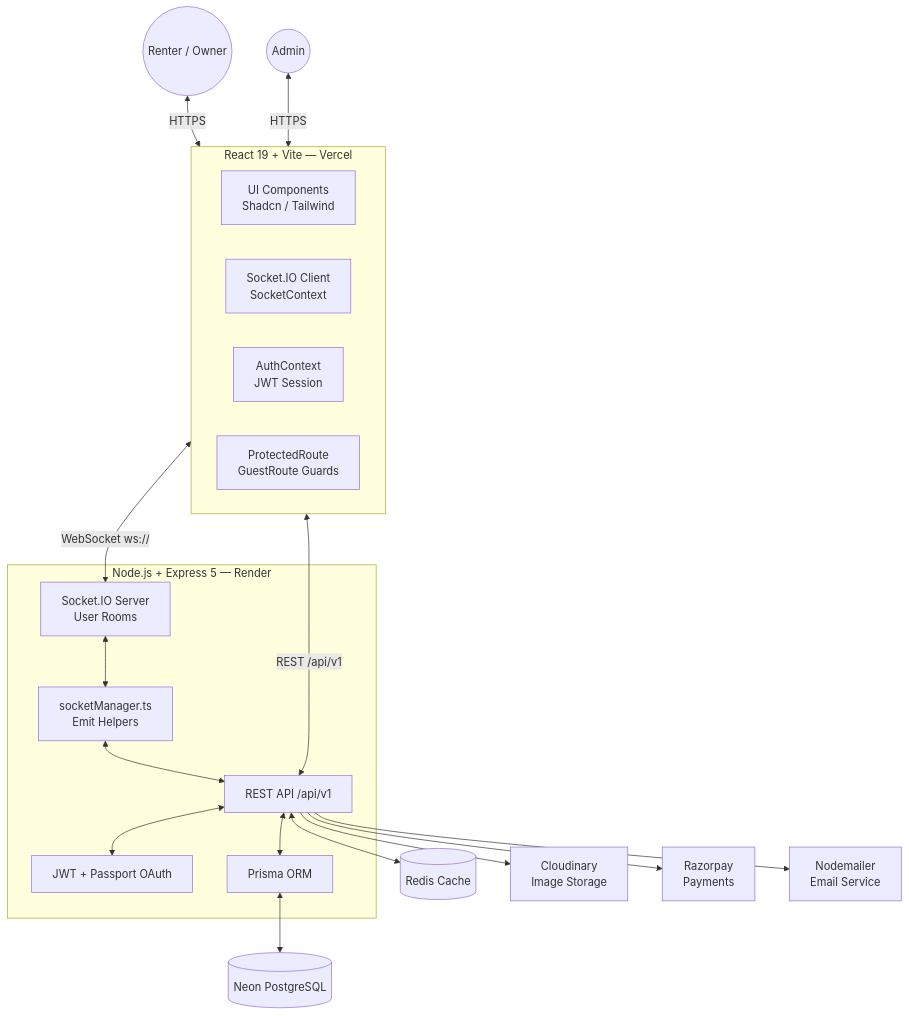
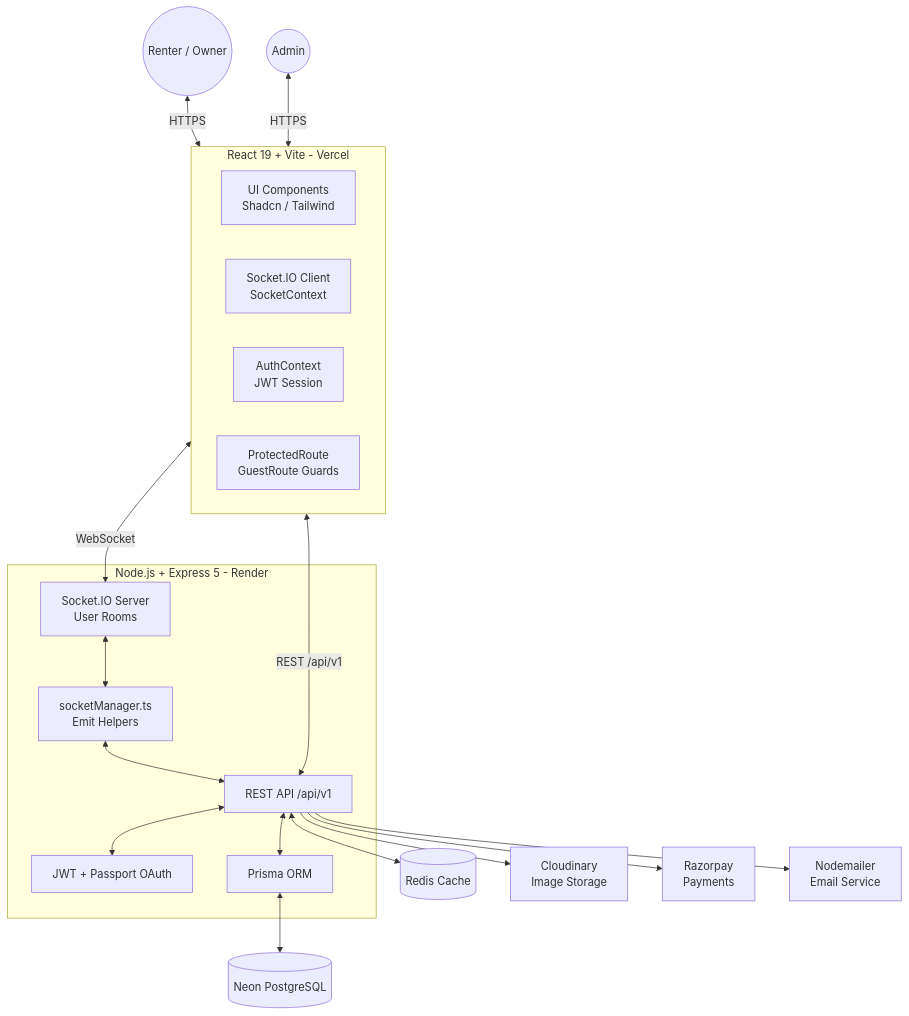
One commit to Piyush200516/CarBoom changed the first of 5 diagrams in README.md. Above: the diagram before and after it, drawn with Mermaid. The commit also changed other lines of this file, not shown here.

````diff
--- a/README.md
+++ b/README.md
@@ -98,45 +98,40 @@
 ```mermaid
 graph TD
-    %% Actors
-    User((Renter / Owner))
-    Admin((Admin))
+    User(("Renter / Owner"))
+    Admin(("Admin"))
 
-    %% Frontend
-    subgraph Frontend [React 19 + Vite — Vercel]
-        UI[UI Components\nShadcn / Tailwind]
-        SocketC[Socket.IO Client\nSocketContext]
-        AuthCtx[AuthContext\nJWT Session]
-        Routes[ProtectedRoute\nGuestRoute Guards]
+    subgraph Frontend["React 19 + Vite - Vercel"]
+        UI["UI Components<br/>Shadcn / Tailwind"]
+        SocketC["Socket.IO Client<br/>SocketContext"]
+        AuthCtx["AuthContext<br/>JWT Session"]
+        Routes["ProtectedRoute<br/>GuestRoute Guards"]
     end
 
-    %% Backend
-    subgraph Backend [Node.js + Express 5 — Render]
-        API[REST API /api/v1]
-        Auth[JWT + Passport OAuth]
-        SocketS[Socket.IO Server\nUser Rooms]
-        SocketMgr[socketManager.ts\nEmit Helpers]
-        Prisma[Prisma ORM]
+    subgraph Backend["Node.js + Express 5 - Render"]
+        API["REST API /api/v1"]
+        Auth["JWT + Passport OAuth"]
+        SocketS["Socket.IO Server<br/>User Rooms"]
+        SocketMgr["socketManager.ts<br/>Emit Helpers"]
+        Prisma["Prisma ORM"]
     end
 
-    %% Data & External Services
-    DB[(Neon PostgreSQL)]
-    Cache[(Redis Cache)]
-    Cloudinary[Cloudinary\nImage Storage]
-    Razorpay[Razorpay\nPayments]
-    Email[Nodemailer\nEmail Service]
+    DB[("Neon PostgreSQL")]
+    Cache[("Redis Cache")]
+    Cloudinary["Cloudinary<br/>Image Storage"]
+    Razorpay["Razorpay<br/>Payments"]
+    Email["Nodemailer<br/>Email Service"]
 
-    %% Connections
     User <-->|HTTPS| Frontend
     Admin <-->|HTTPS| Frontend
-    Frontend <-->|REST /api/v1| API
-    Frontend <-->|WebSocket ws://| SocketS
+    Frontend <-->|"REST /api/v1"| API
+    Frontend <-->|WebSocket| SocketS
     API <--> Auth
     API <--> Prisma
     API <--> Cache
     SocketS <--> SocketMgr
     SocketMgr <--> API
     Prisma <--> DB
     API --> Cloudinary
     API --> Razorpay
     API --> Email
 ```
````
